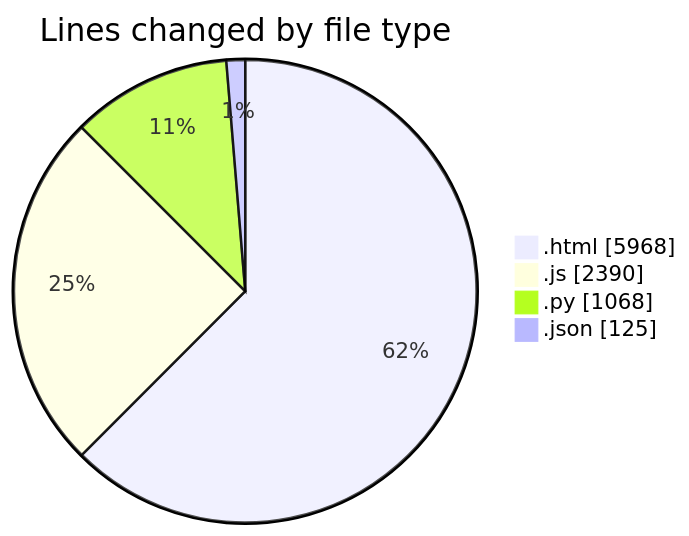
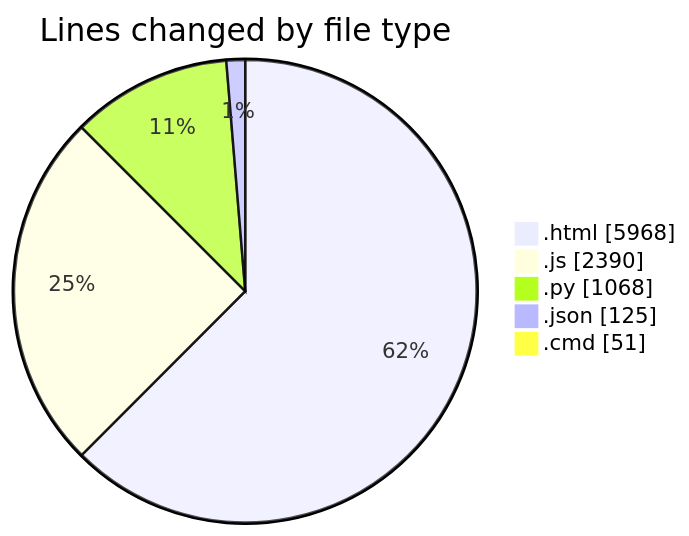
The first of 2 diagrams in 2026-07-15/shibass-ai/README.md (shibass792/code-tracking), drawn with Mermaid before and after one commit. The commit also changed other lines of this file and 1 other file, not shown here.

````diff
--- a/2026-07-15/shibass-ai/README.md
+++ b/2026-07-15/shibass-ai/README.md
@@ -31,8 +32,9 @@
 ```mermaid
 pie showData
 title Lines changed by file type
 ".html" : 5968
 ".js" : 2390
 ".py" : 1068
 ".json" : 125
+".cmd" : 51
 ```
````
